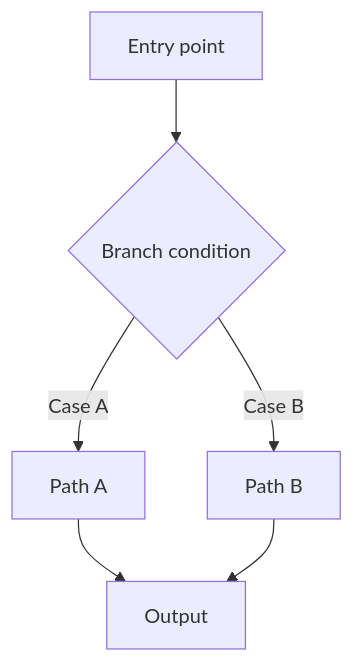
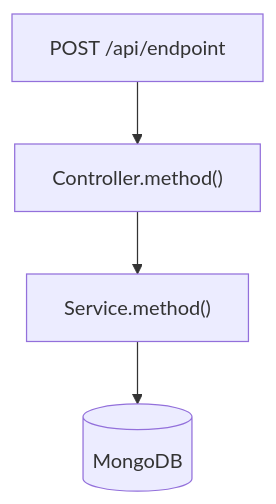
The diagram in AKO/AKO44/Flujo trabajo con Agents/task-template.md (DaniRoman/Dev_Vault), drawn with Mermaid before and after one commit. The commit also changed other lines of this file and 1 other file, not shown here.

````diff
--- a/AKO/AKO44/Flujo trabajo con Agents/task-template.md
+++ b/AKO/AKO44/Flujo trabajo con Agents/task-template.md
@@ -88,8 +45,6 @@
 ```mermaid
 flowchart TD
-    A[Entry point] --> B{Branch condition}
-    B -->|Case A| C[Path A]
-    B -->|Case B| D[Path B]
-    C --> E[Output]
-    D --> E
+    A["POST /api/endpoint"] --> B["Controller.method()"]
+    B --> C["Service.method()"]
+    C --> D[("MongoDB")]
 ```
````
